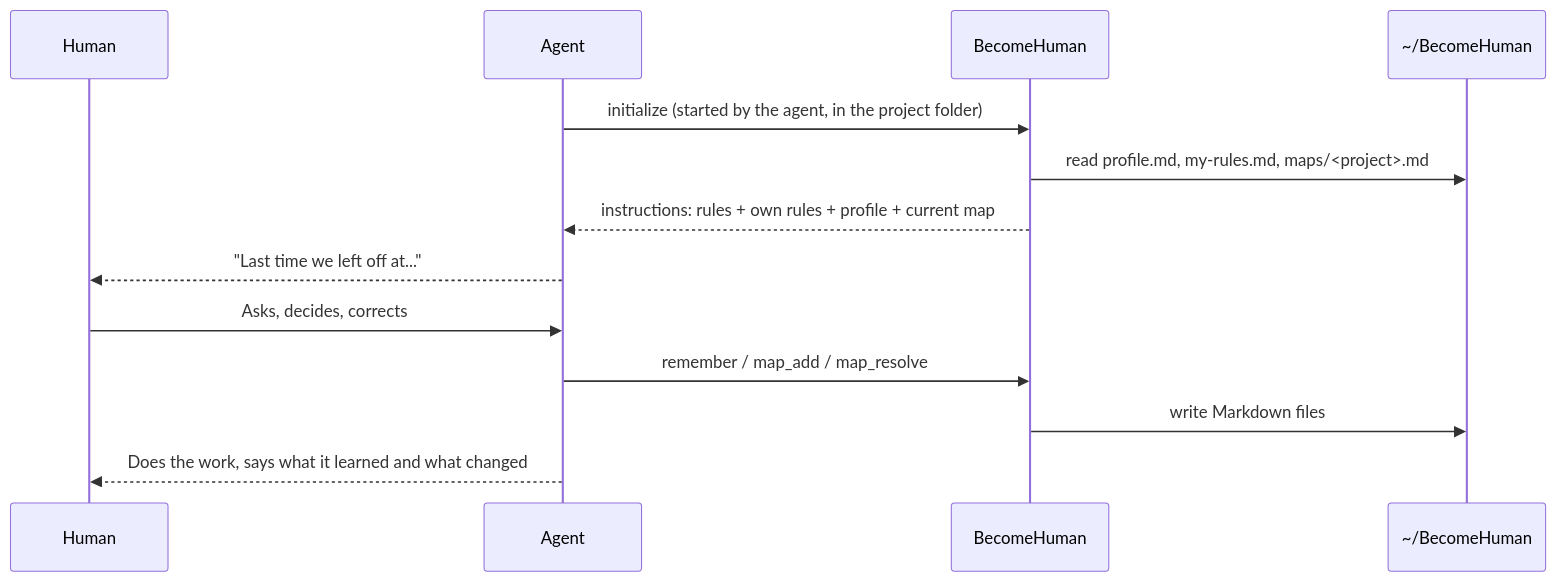
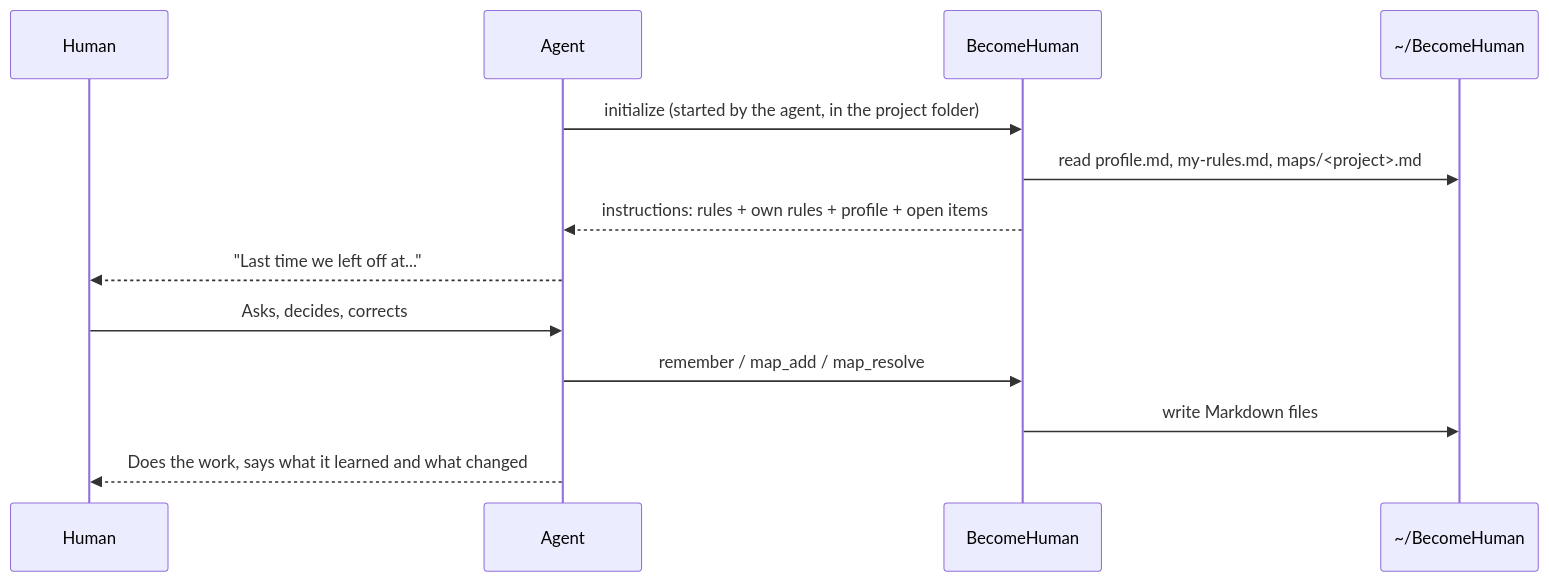
One commit to 201Tech/become-human changed the second of 2 diagrams in CONTRIBUTING.md. Above: the diagram before and after it, drawn with Mermaid. The commit also changed other lines of this file and 16 other files, not shown here.

````diff
--- a/CONTRIBUTING.md
+++ b/CONTRIBUTING.md
@@ -42,16 +42,16 @@
 ```mermaid
 sequenceDiagram
     participant H as Human
     participant A as Agent
     participant B as BecomeHuman
     participant F as ~/BecomeHuman
 
     A->>B: initialize (started by the agent, in the project folder)
     B->>F: read profile.md, my-rules.md, maps/<project>.md
-    B-->>A: instructions: rules + own rules + profile + current map
+    B-->>A: instructions: rules + own rules + profile + open items
     A-->>H: "Last time we left off at..."
     H->>A: Asks, decides, corrects
     A->>B: remember / map_add / map_resolve
     B->>F: write Markdown files
     A-->>H: Does the work, says what it learned and what changed
 ```
````
